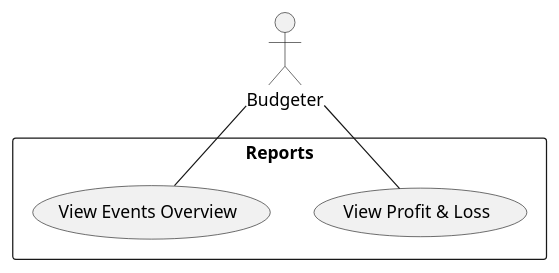
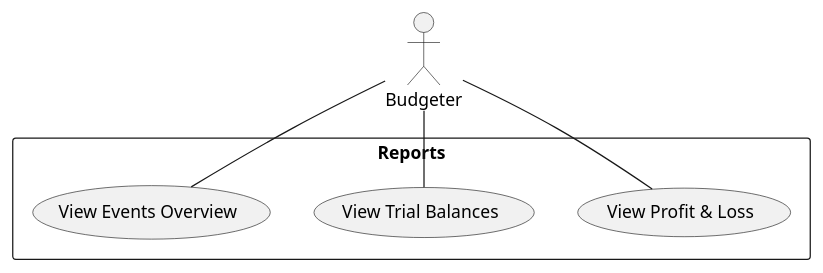
The third of 3 diagrams in docs/source/specs/design/usecases.rst (prikhi/AcornAccounting), drawn with PlantUML before and after one commit. The commit also changed other lines of this file and 8 other files, not shown here.

```diff
--- a/docs/source/specs/design/usecases.rst
+++ b/docs/source/specs/design/usecases.rst
@@ -103,8 +104,9 @@
 .. uml::
     :includegraphics: scale=.55
 
     :Budgeter: as bud
     rectangle Reports {
         bud -- (View Profit & Loss)
+        bud -- (View Trial Balances)
         bud -- (View Events Overview)
     }
```
